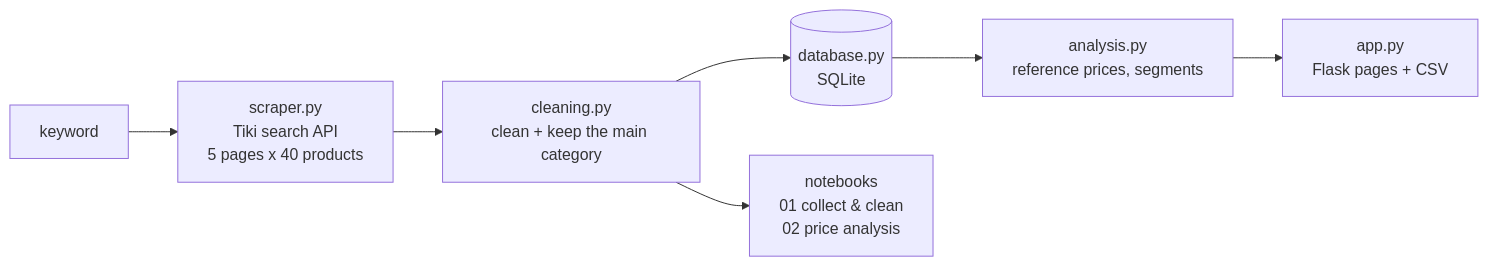
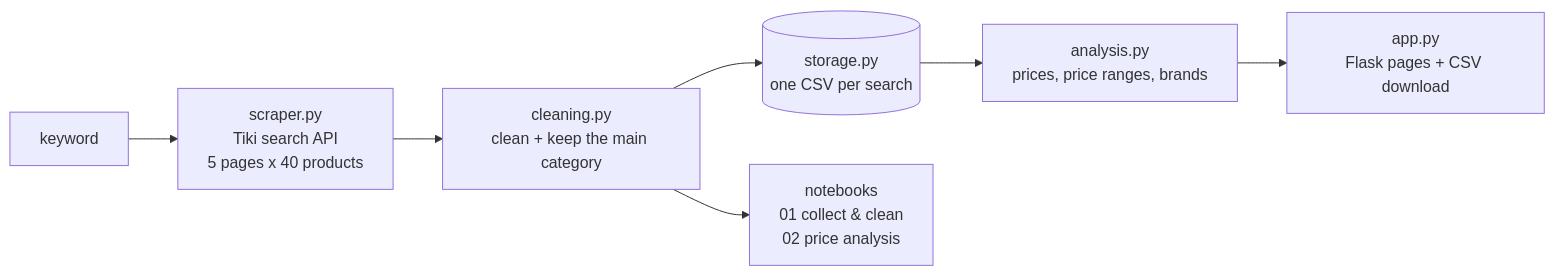
The diagram in README.md (NamAnh-dev/Web-Crawler-for-E-commerce-Prices), drawn with Mermaid before and after one commit. The commit also changed other lines of this file and 8 other files, not shown here.

````diff
--- a/README.md
+++ b/README.md
@@ -28,9 +28,9 @@
 ```mermaid
 flowchart LR
     K["keyword"] --> S["scraper.py<br/>Tiki search API<br/>5 pages x 40 products"]
     S --> C["cleaning.py<br/>clean + keep the main category"]
-    C --> D[("database.py<br/>SQLite")]
-    D --> A["analysis.py<br/>reference prices, segments"]
-    A --> W["app.py<br/>Flask pages + CSV"]
+    C --> D[("storage.py<br/>one CSV per search")]
+    D --> A["analysis.py<br/>prices, price ranges, brands"]
+    A --> W["app.py<br/>Flask pages + CSV download"]
     C --> N["notebooks<br/>01 collect & clean<br/>02 price analysis"]
 ```
````
